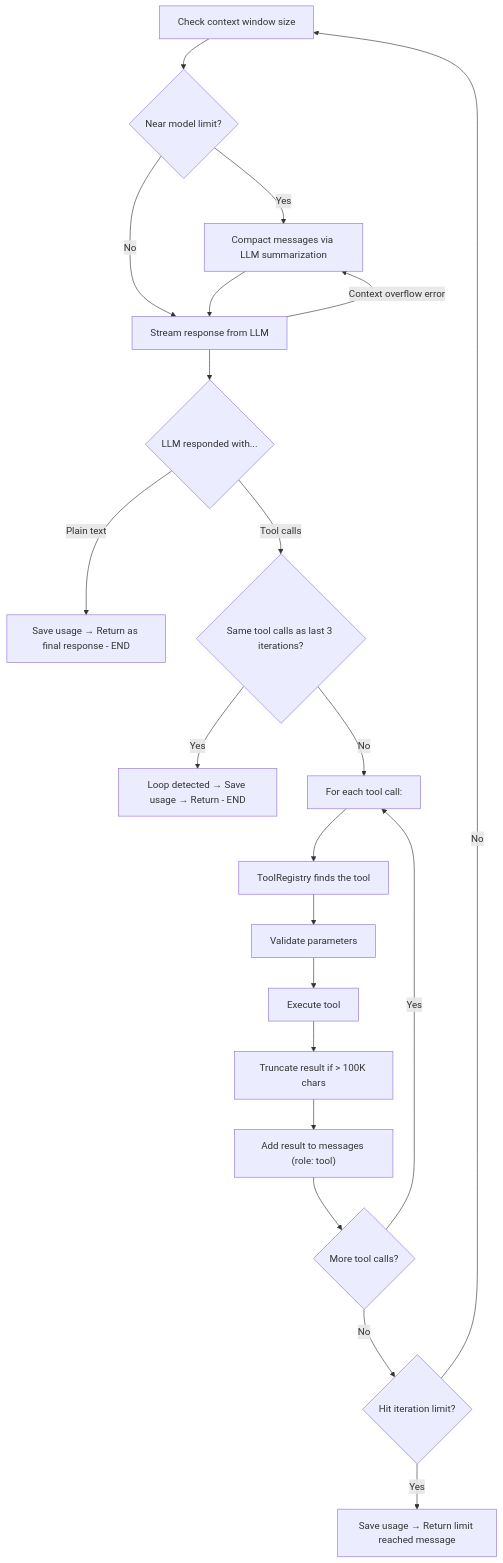
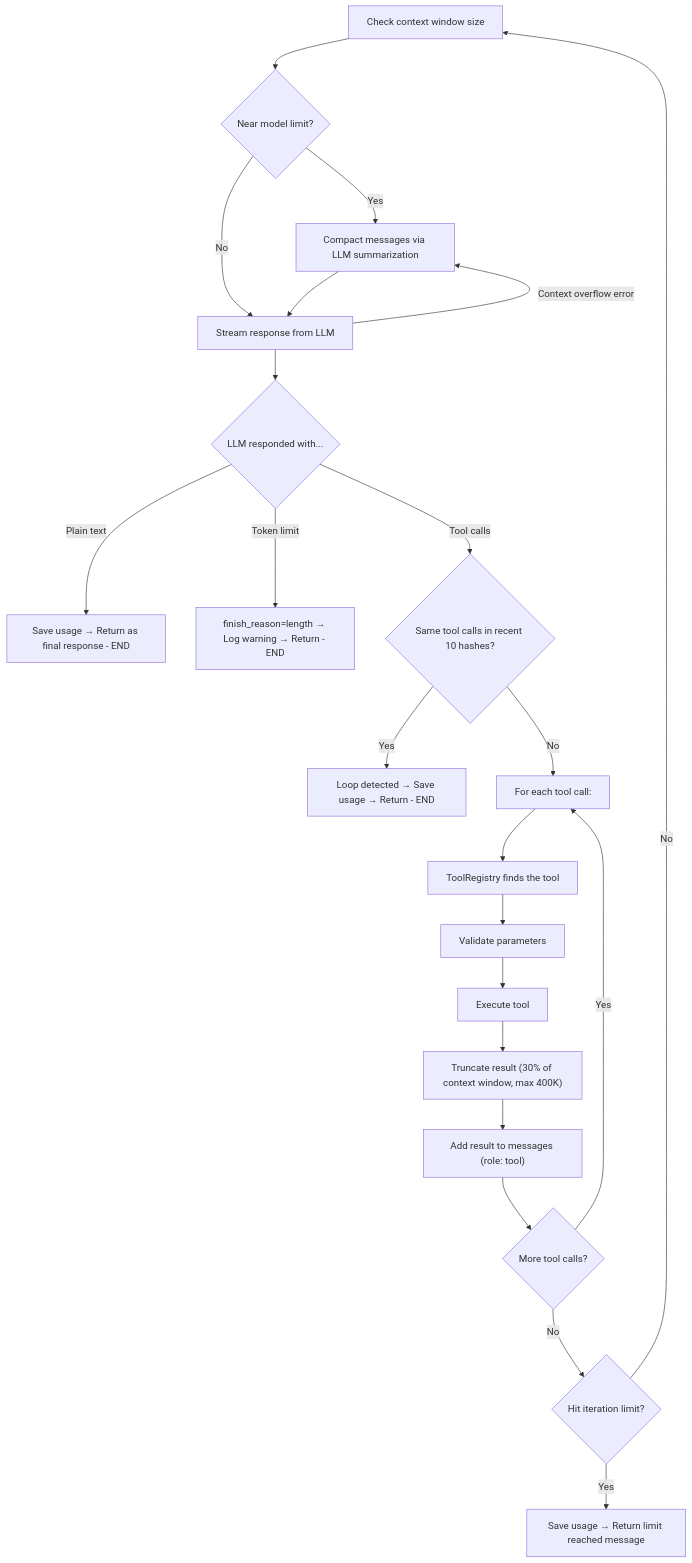
The seventh of 19 diagrams in docs/flow.md (openbotx/openbotx), drawn with Mermaid before and after one commit. The commit also changed other lines of this file and 19 other files, not shown here.

````diff
--- a/docs/flow.md
+++ b/docs/flow.md
@@ -755,23 +755,24 @@
 ```mermaid
 graph TD
     A[Check context window size] --> A1{Near model limit?}
     A1 -->|Yes| A2[Compact messages via LLM summarization]
     A1 -->|No| B1
     A2 --> B1[Stream response from LLM]
     B1 --> B{LLM responded with...}
     B -->|Plain text| C[Save usage → Return as final response - END]
-    B -->|Tool calls| C1{Same tool calls as last 3 iterations?}
+    B -->|Token limit| C3[finish_reason=length → Log warning → Return - END]
+    B -->|Tool calls| C1{Same tool calls in recent 10 hashes?}
     C1 -->|Yes| C2[Loop detected → Save usage → Return - END]
     C1 -->|No| D[For each tool call:]
     D --> E[ToolRegistry finds the tool]
     E --> F[Validate parameters]
     F --> G[Execute tool]
-    G --> G1["Truncate result if > 100K chars"]
+    G --> G1["Truncate result (30% of context window, max 400K)"]
     G1 --> H["Add result to messages (role: tool)"]
     H --> I{More tool calls?}
     I -->|Yes| D
     I -->|No| J{Hit iteration limit?}
     J -->|No| A
     J -->|Yes| K[Save usage → Return limit reached message]
     B1 -->|Context overflow error| A2
 ```
````
